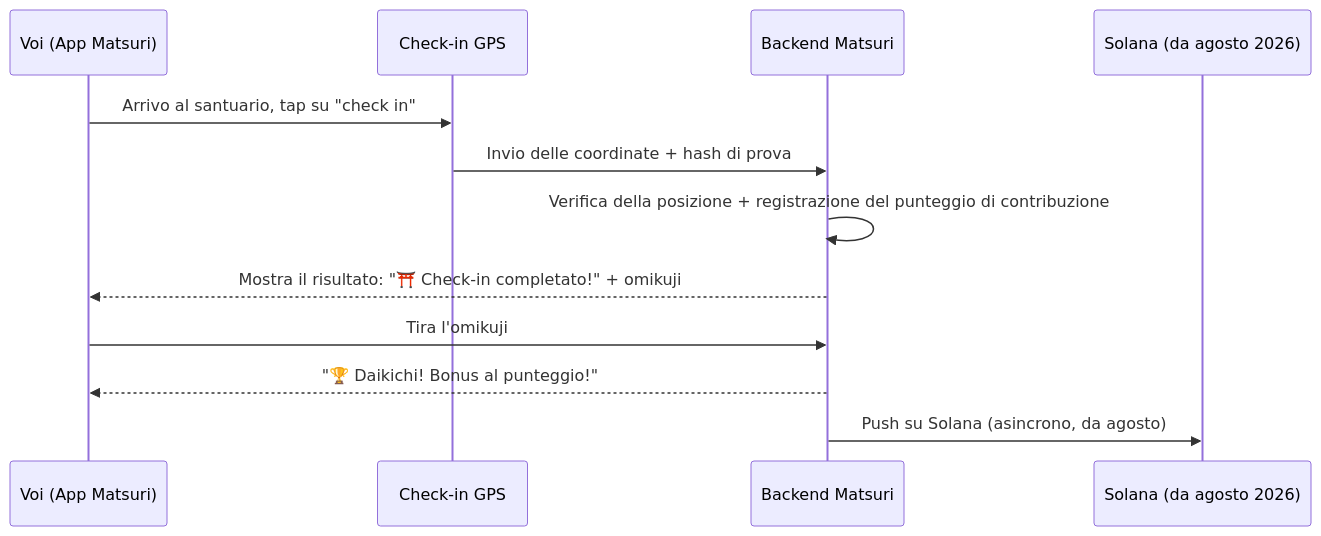
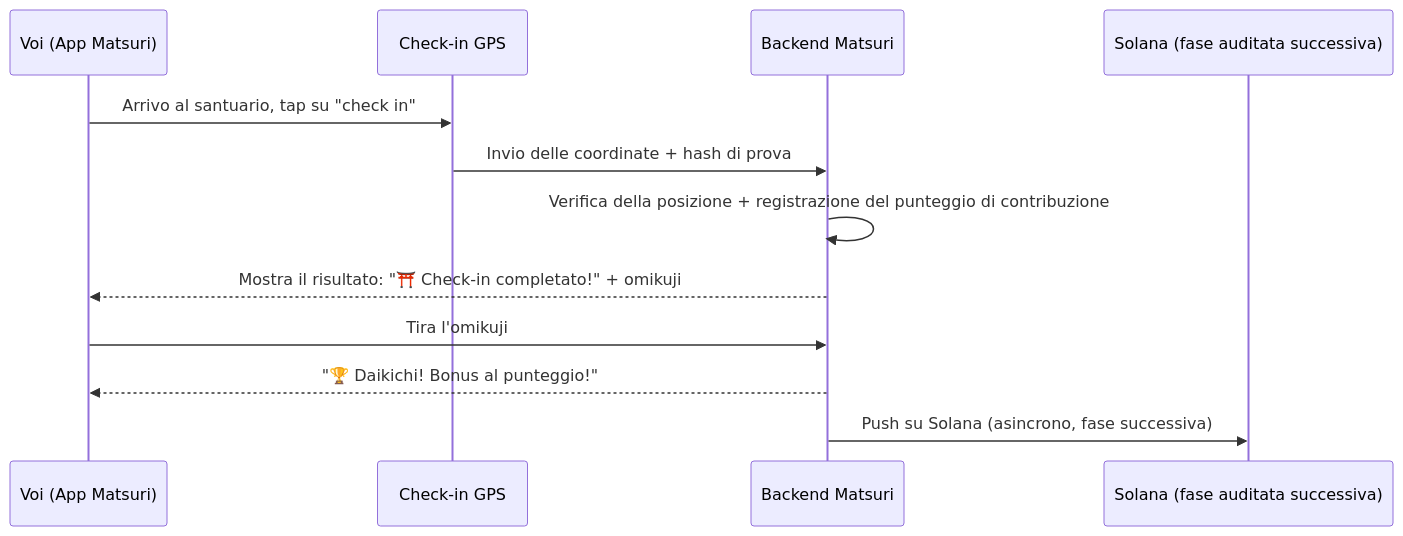
The third of 4 diagrams in i18n/it/docusaurus-plugin-content-docs/current/04-mining.md (Cootakahashi/matsuri-dao-whitepaper), drawn with Mermaid before and after one commit. The commit also changed other lines of this file and 79 other files, not shown here.

First line of the commit message:
docs: re-sequence on-chain roadmap to match the staged Hashlock audit (20 locales)

````diff
--- a/i18n/it/docusaurus-plugin-content-docs/current/04-mining.md
+++ b/i18n/it/docusaurus-plugin-content-docs/current/04-mining.md
@@ -109,15 +109,15 @@
 ```mermaid
 sequenceDiagram
     participant U as Voi (App Matsuri)
     participant GPS as Check-in GPS
     participant API as Backend Matsuri
-    participant SC as Solana (da agosto 2026)
+    participant SC as Solana (fase auditata successiva)
 
     U->>GPS: Arrivo al santuario, tap su "check in"
     GPS->>API: Invio delle coordinate + hash di prova
     API->>API: Verifica della posizione + registrazione del punteggio di contribuzione
     API-->>U: Mostra il risultato: "⛩️ Check-in completato!" + omikuji
     U->>API: Tira l'omikuji
     API-->>U: "🏆 Daikichi! Bonus al punteggio!"
-    API->>SC: Push su Solana (asincrono, da agosto)
+    API->>SC: Push su Solana (asincrono, fase successiva)
 ```
````
